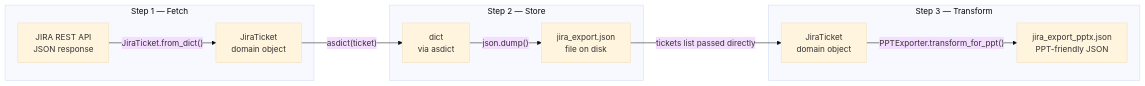
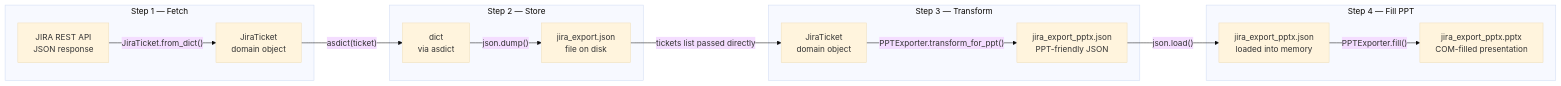
The third of 3 diagrams in design/detailed design.md (baochen-rw/JIRA-exporter), drawn with Mermaid (base theme) before and after one commit. The commit also changed other lines of this file and 5 other files, not shown here.

Commit message:
[2026-06-26 23:27] Implement PPT COM automation with hardcoded placeholder dimensions

````diff
--- a/design/detailed design.md
+++ b/design/detailed design.md
@@ -147,23 +174,30 @@
 ```mermaid
 graph LR
     subgraph "Step 1 — Fetch"
         A[JIRA REST API<br/>JSON response]
         B[JiraTicket<br/>domain object]
     end
 
     subgraph "Step 2 — Store"
         C[dict<br/>via asdict]
         D[jira_export.json<br/>file on disk]
     end
 
     subgraph "Step 3 — Transform"
         E[JiraTicket<br/>domain object]
         F[jira_export_pptx.json<br/>PPT-friendly JSON]
     end
 
+    subgraph "Step 4 — Fill PPT"
+        G[jira_export_pptx.json<br/>loaded into memory]
+        H[jira_export_pptx.pptx<br/>COM-filled presentation]
+    end
+
     A -->|"JiraTicket.from_dict()"| B
     B -->|"asdict(ticket)"| C
     C -->|"json.dump()"| D
     D -->|"tickets list passed directly"| E
     E -->|"PPTExporter.transform_for_ppt()"| F
+    F -->|"json.load()"| G
+    G -->|"PPTExporter.fill()"| H
 ```
````
